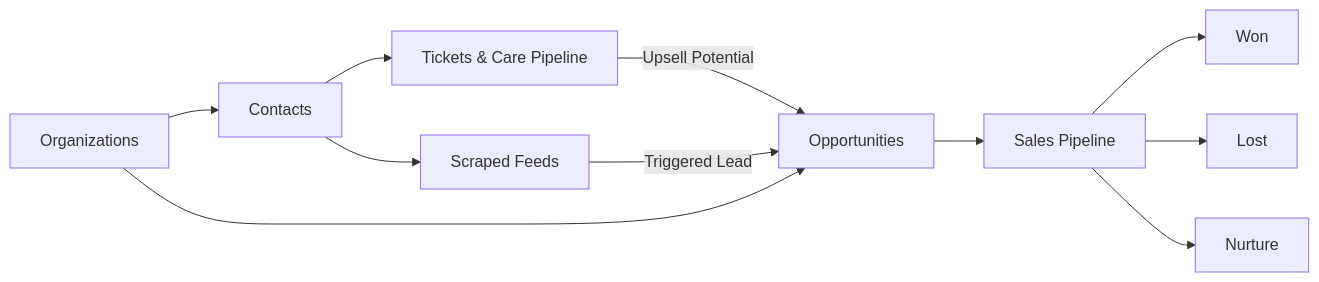
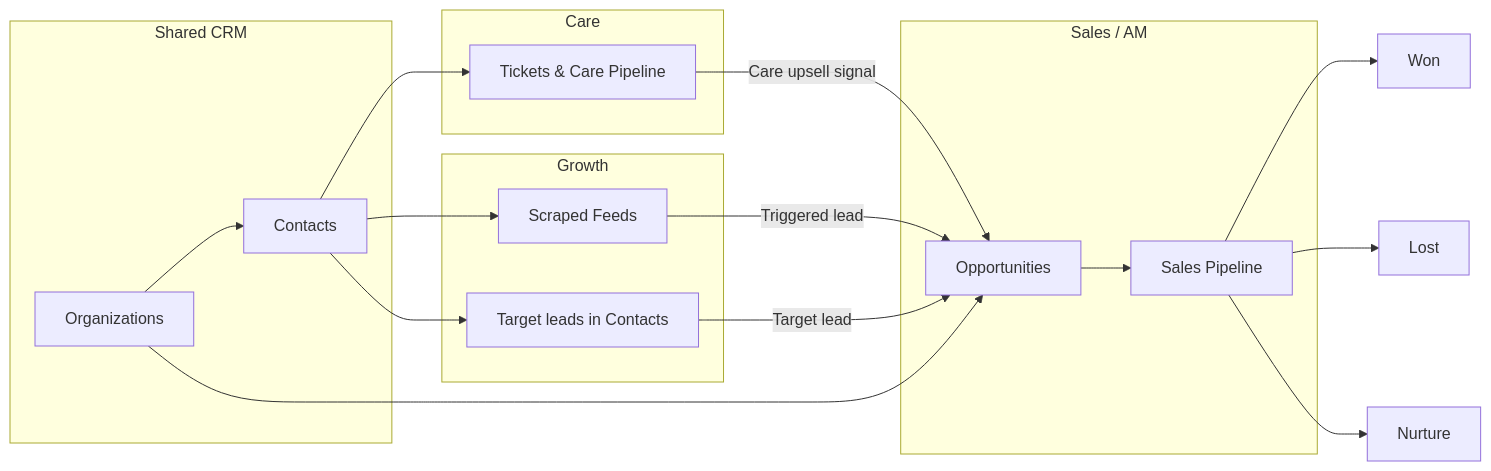
The first of 3 diagrams in care-sales-base.md (firman19/edu-airtable), drawn with Mermaid before and after one commit. The commit also changed other lines of this file, not shown here.

Commit message:
feat: update diagram

````diff
--- a/care-sales-base.md
+++ b/care-sales-base.md
@@ -244,15 +246,36 @@
 ```mermaid
 flowchart LR
-    ORG[Organizations] --> C[Contacts]
-    C[Contacts] --> T[Tickets & Care Pipeline]
-    C --> S[Scraped Feeds]
+    subgraph Shared["Shared CRM"]
+        ORG[Organizations]
+        C[Contacts]
+    end
 
-    T -->|Upsell Potential| O[Opportunities]
-    S -->|Triggered Lead| O
+    subgraph Care["Care"]
+        T[Tickets & Care Pipeline]
+    end
+
+    subgraph Growth["Growth"]
+        S[Scraped Feeds]
+        TL[Target leads in Contacts]
+    end
+
+    subgraph SalesAM["Sales / AM"]
+        O[Opportunities]
+        P[Sales Pipeline]
+    end
+
+    ORG --> C
+    C --> T
+    C --> S
+    C --> TL
+
+    T -->|Care upsell signal| O
+    S -->|Triggered lead| O
+    TL -->|Target lead| O
     ORG --> O
 
-    O --> P[Sales Pipeline]
+    O --> P
     P --> W[Won]
     P --> L[Lost]
     P --> N[Nurture]
 ```
````
